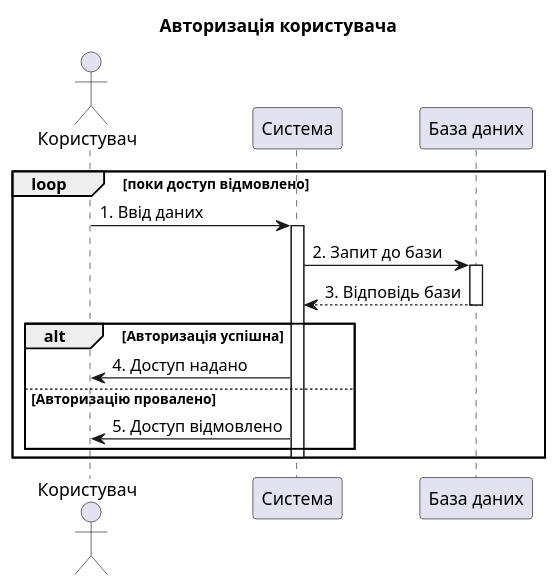
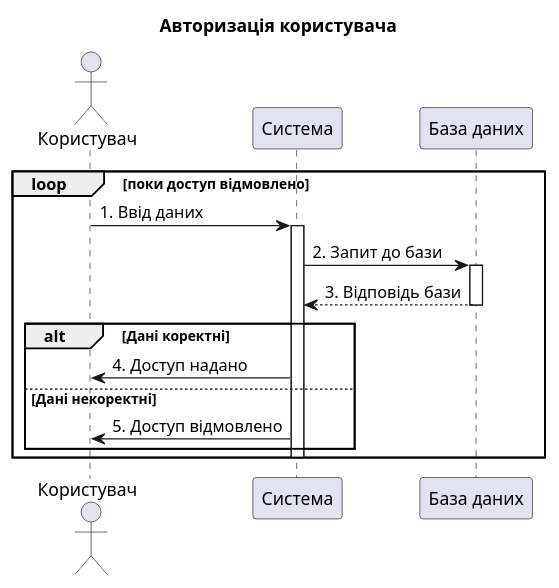
One commit to MihajloVat/KPI_labs_3_sem changed the diagram in lab3/UC_login/login_SD.puml. Above: the diagram before and after it, drawn with PlantUML. The commit also changed 4 other files, not shown here.

```diff
--- a/lab3/UC_login/login_SD.puml
+++ b/lab3/UC_login/login_SD.puml
@@ -1,24 +1,24 @@
 @startuml
 title Авторизація користувача
 
 actor "Користувач" as User
 participant "Система" as Sys
 participant "База даних" as DB
 
 loop поки доступ відмовлено
 User->Sys : 1. Ввід даних
 activate Sys
 Sys->DB : 2. Запит до бази
 activate DB
 DB-->Sys : 3. Відповідь бази
 deactivate DB
 
-alt Авторизація успішна
+alt Дані коректні
 Sys->User : 4. Доступ надано
-else Авторизацію провалено
+else Дані некоректні
 Sys->User : 5. Доступ відмовлено
 end
 deactivate Sys
 end
 
 @enduml
```
